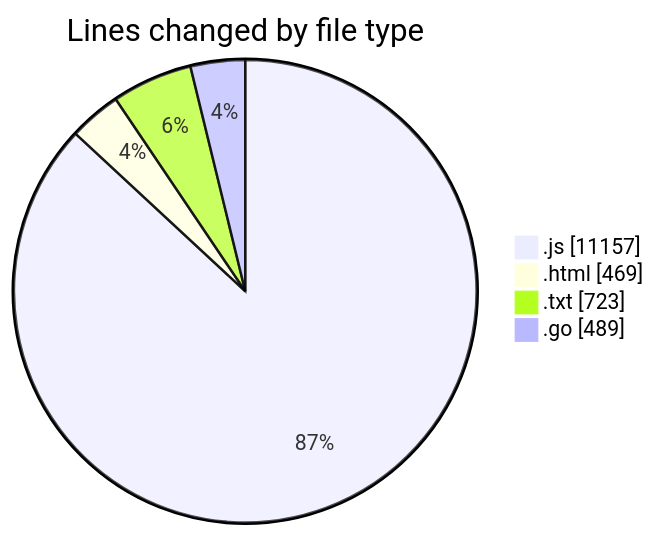
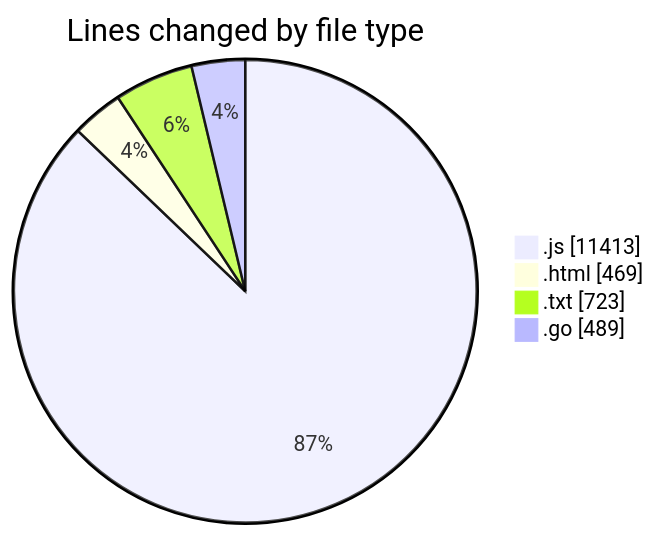
The first of 2 diagrams in 2025-03-03/kart-online/README.md (robertbonfada/code-tracking), drawn with Mermaid before and after one commit. The commit also changed other lines of this file and 1 other file, not shown here.

````diff
--- a/2025-03-03/kart-online/README.md
+++ b/2025-03-03/kart-online/README.md
@@ -42,8 +42,8 @@
 ```mermaid
 pie showData
 title Lines changed by file type
-".js" : 11157
+".js" : 11413
 ".html" : 469
 ".txt" : 723
 ".go" : 489
 ```
````
